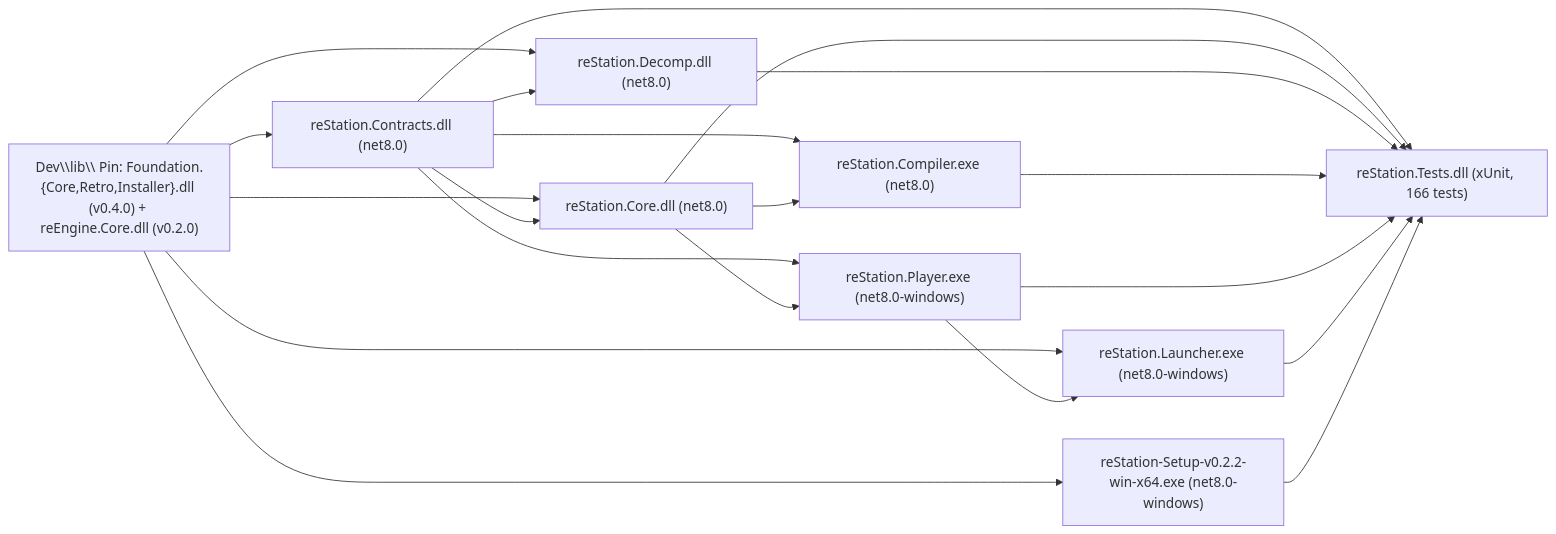
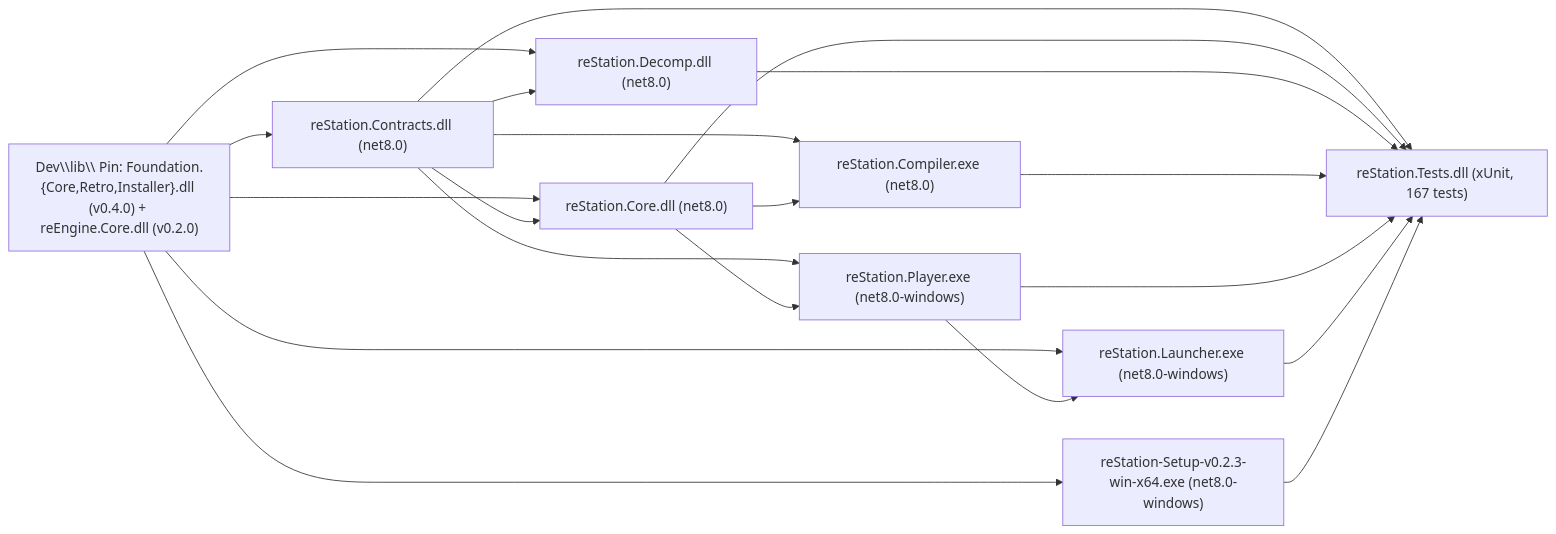
Before and after one commit to StreamItAllGit/reSlate: the second of 2 diagrams in Dev/docs/ARCHITECTURE.md, drawn with Mermaid. The commit also changed other lines of this file and 23 other files, not shown here.

````diff
--- a/Dev/docs/ARCHITECTURE.md
+++ b/Dev/docs/ARCHITECTURE.md
@@ -51,32 +51,32 @@
 ```mermaid
 flowchart LR
     EXT["Dev\\lib\\ Pin: Foundation.{Core,Retro,Installer}.dll (v0.4.0) + reEngine.Core.dll (v0.2.0)"]
     CON["reStation.Contracts.dll (net8.0)"]
     CORE["reStation.Core.dll (net8.0)"]
     DEC["reStation.Decomp.dll (net8.0)"]
     CMP["reStation.Compiler.exe (net8.0)"]
     PLY["reStation.Player.exe (net8.0-windows)"]
     LNC["reStation.Launcher.exe (net8.0-windows)"]
-    INS["reStation-Setup-v0.2.2-win-x64.exe (net8.0-windows)"]
-    TST["reStation.Tests.dll (xUnit, 166 tests)"]
+    INS["reStation-Setup-v0.2.3-win-x64.exe (net8.0-windows)"]
+    TST["reStation.Tests.dll (xUnit, 167 tests)"]
 
     EXT --> CON
     EXT --> CORE
     EXT --> DEC
     EXT --> INS
     EXT --> LNC
     CON --> CORE
     CON --> DEC
     CON --> CMP
     CON --> PLY
     CORE --> CMP
     CORE --> PLY
     PLY --> LNC
     CON --> TST
     CORE --> TST
     DEC --> TST
     CMP --> TST
     PLY --> TST
     LNC --> TST
     INS --> TST
 ```
````
